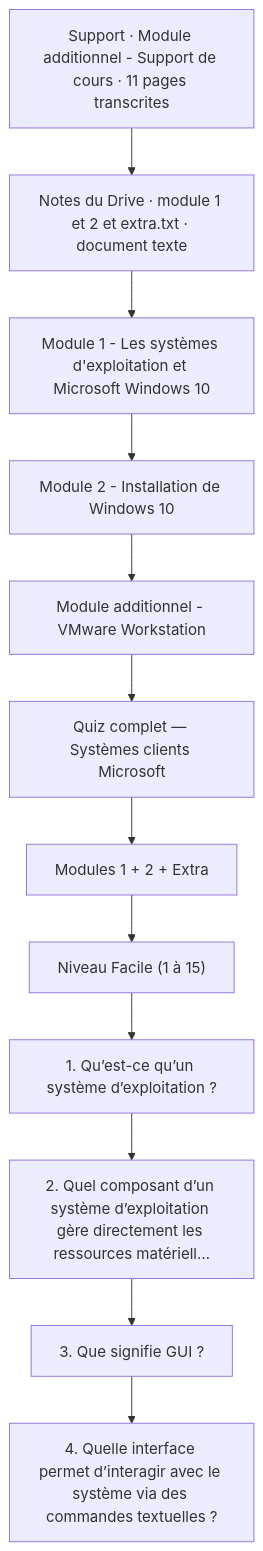
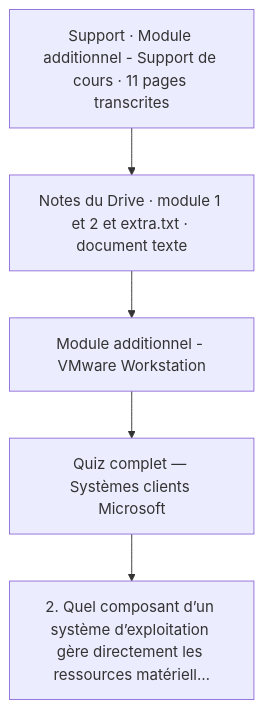
One commit to sk34pk25/tssr-cours changed the first of 5 diagrams in docs/modules/02-systemes-clients-microsoft/module-additionnel-workstation.md. Above: the diagram before and after it, drawn with Mermaid. The commit also changed other lines of this file and 12 other files, not shown here.

First line of the commit message:
Découper les notes communes par module.

````diff
--- a/docs/modules/02-systemes-clients-microsoft/module-additionnel-workstation.md
+++ b/docs/modules/02-systemes-clients-microsoft/module-additionnel-workstation.md
@@ -81,26 +13,12 @@
 ```mermaid
 flowchart TD
     N1["Support · Module additionnel - Support de cours · 11 pages transcrites"]
     N2["Notes du Drive · module 1 et 2 et extra.txt · document texte"]
-    N3["Module 1 - Les systèmes d'exploitation et Microsoft Windows 10"]
-    N4["Module 2 - Installation de Windows 10"]
     N5["Module additionnel - VMware Workstation"]
     N6["Quiz complet — Systèmes clients Microsoft"]
-    N7["Modules 1 + 2 + Extra"]
-    N8["Niveau Facile (1 à 15)"]
-    N9["1. Qu’est-ce qu’un système d’exploitation ?"]
     N10["2. Quel composant d’un système d’exploitation gère directement les ressources matériell…"]
-    N11["3. Que signifie GUI ?"]
-    N12["4. Quelle interface permet d’interagir avec le système via des commandes textuelles ?"]
     N1 --> N2
-    N2 --> N3
-    N3 --> N4
-    N4 --> N5
+    N2 --> N5
     N5 --> N6
-    N6 --> N7
-    N7 --> N8
-    N8 --> N9
-    N9 --> N10
-    N10 --> N11
-    N11 --> N12
+    N6 --> N10
 ```
````
